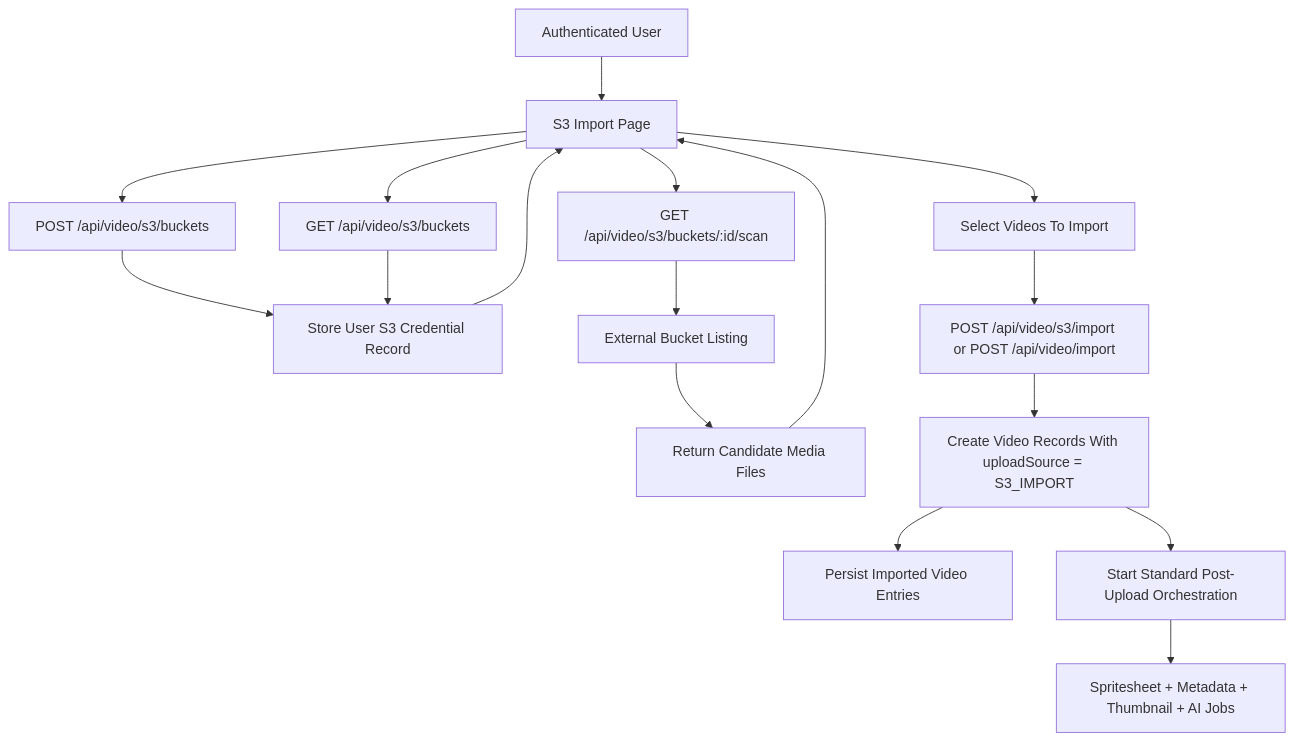
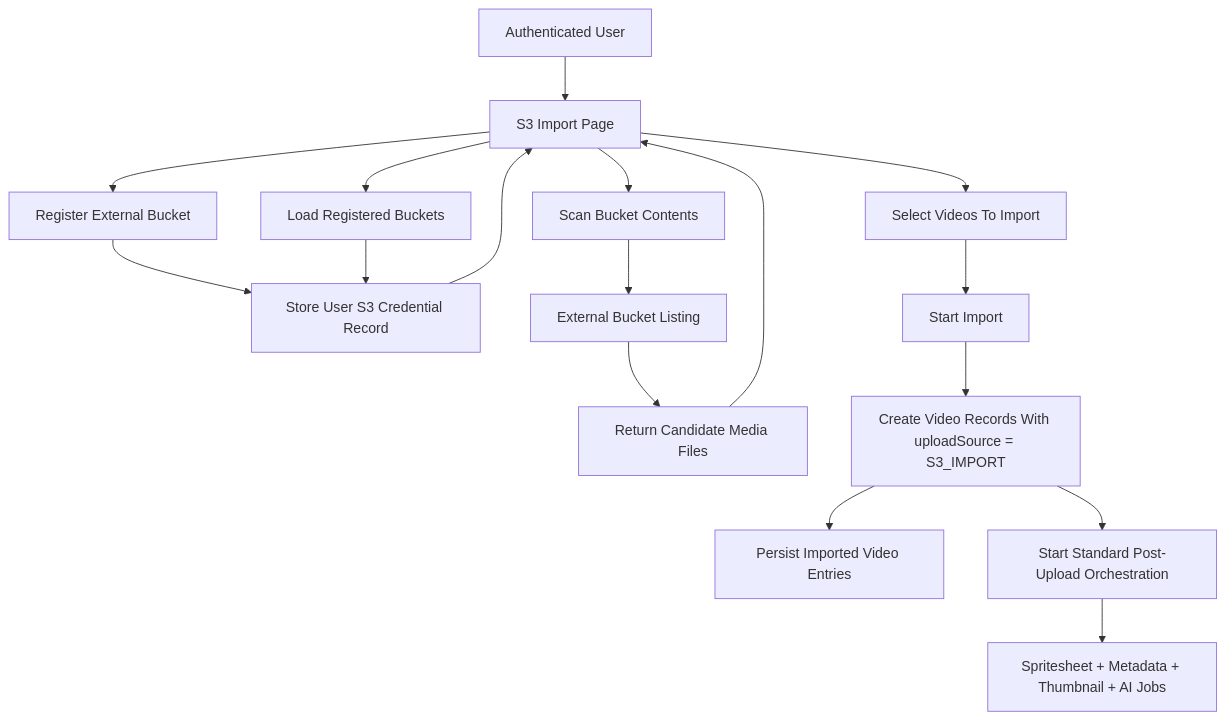
One commit to samakshrastogi/SK-MediaFlow changed the fifth of 11 diagrams in README.md. Above: the diagram before and after it, drawn with Mermaid. The commit also changed other lines of this file, not shown here.

````diff
--- a/README.md
+++ b/README.md
@@ -241,22 +241,22 @@
 ```mermaid
 flowchart TD
     U["Authenticated User"] --> IMP["S3 Import Page"]
-    IMP --> CREDS["POST /api/video/s3/buckets"]
+    IMP --> CREDS["Register External Bucket"]
     CREDS --> DB["Store User S3 Credential Record"]
 
-    IMP --> LIST["GET /api/video/s3/buckets"]
+    IMP --> LIST["Load Registered Buckets"]
     LIST --> DB
     DB --> IMP
 
-    IMP --> SCAN["GET /api/video/s3/buckets/:id/scan"]
+    IMP --> SCAN["Scan Bucket Contents"]
     SCAN --> S3["External Bucket Listing"]
     S3 --> FILES["Return Candidate Media Files"]
     FILES --> IMP
 
     IMP --> PICK["Select Videos To Import"]
-    PICK --> IMPORT["POST /api/video/s3/import or POST /api/video/import"]
+    PICK --> IMPORT["Start Import"]
     IMPORT --> VIDEO["Create Video Records With uploadSource = S3_IMPORT"]
     VIDEO --> DB2["Persist Imported Video Entries"]
     VIDEO --> ORCH["Start Standard Post-Upload Orchestration"]
     ORCH --> JOBS["Spritesheet + Metadata + Thumbnail + AI Jobs"]
 ```
````
